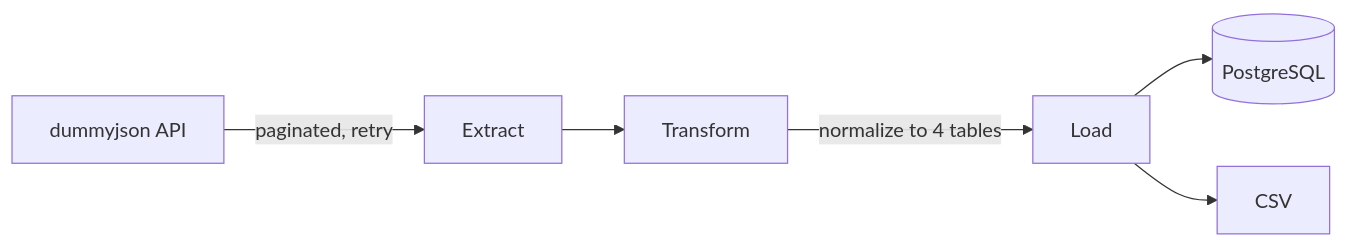
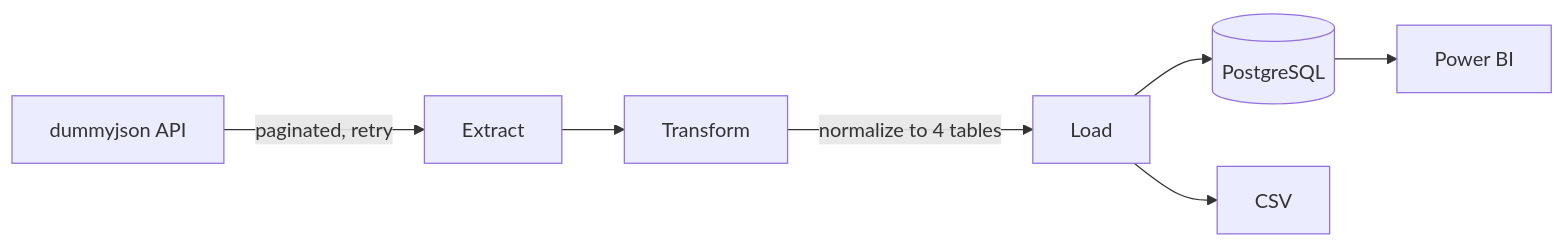
One commit to r4cz3k/etl-pipeline changed the diagram in readme.md. Above: the diagram before and after it, drawn with Mermaid. The commit also changed other lines of this file and 50 other files, not shown here.

````diff
--- a/readme.md
+++ b/readme.md
@@ -11,8 +11,9 @@
 ```mermaid
 flowchart LR
     API[dummyjson API] -->|paginated, retry| E[Extract]
     E --> T[Transform]
     T -->|normalize to 4 tables| L[Load]
     L --> P[(PostgreSQL)]
     L --> C[CSV]
+    P --> PB[Power BI]
 ```
````
